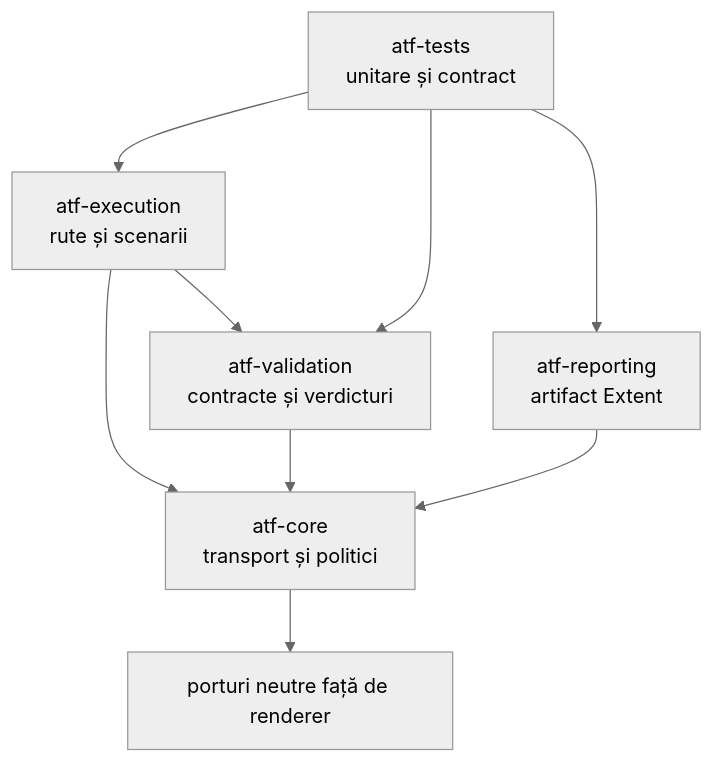
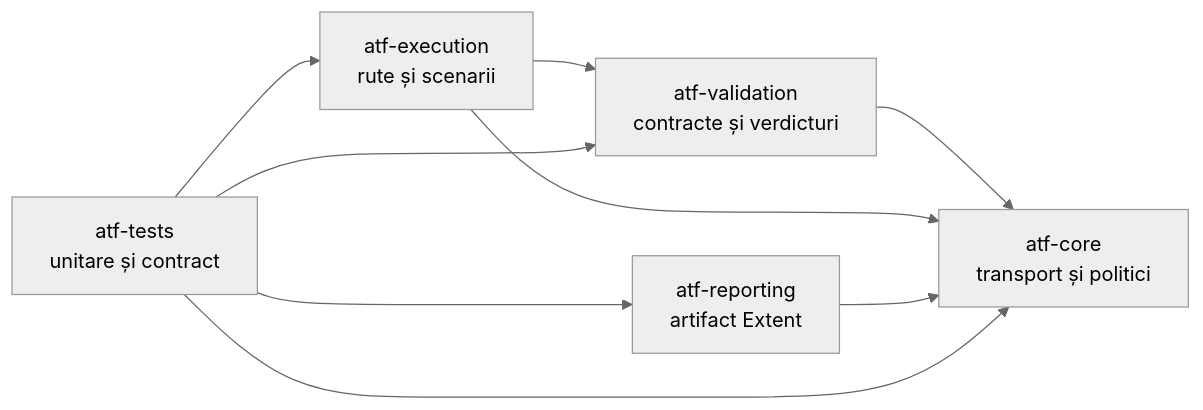
One commit to crististefanita/demo2 changed the first of 6 diagrams in docs/ATF_Architecture.md. Above: the diagram before and after it, drawn with Mermaid (neutral theme). The commit also changed other lines of this file and 38 other files, not shown here.

Commit message:
Refine Java ATF reporting and execution contracts

```diff
--- a/docs/ATF_Architecture.md
+++ b/docs/ATF_Architecture.md
@@ -7,11 +7,11 @@
 ~~~mermaid
-flowchart TD
-    Tests[atf-tests<br/>unitare și contract] --> Module[atf-execution<br/>rute și scenarii]
-    Tests --> Validation[atf-validation<br/>contracte și verdicturi]
-    Tests --> Reporting[atf-reporting<br/>artifact Extent]
-    Module --> Core[atf-core<br/>transport și politici]
-    Module --> Validation
-    Validation --> Core
-    Reporting --> Core
-    Core --> Ports[porturi neutre față de renderer]
+flowchart LR
+    Validation[atf-validation<br/>contracte și verdicturi] --> Core[atf-core<br/>transport și politici]
+    Execution[atf-execution<br/>rute și scenarii] --> Validation
+    Execution --> Core
+    Reporting[atf-reporting<br/>artifact Extent] --> Core
+    Tests[atf-tests<br/>unitare și contract] --> Execution
+    Tests --> Validation
+    Tests --> Reporting
+    Tests --> Core
 ~~~
```
